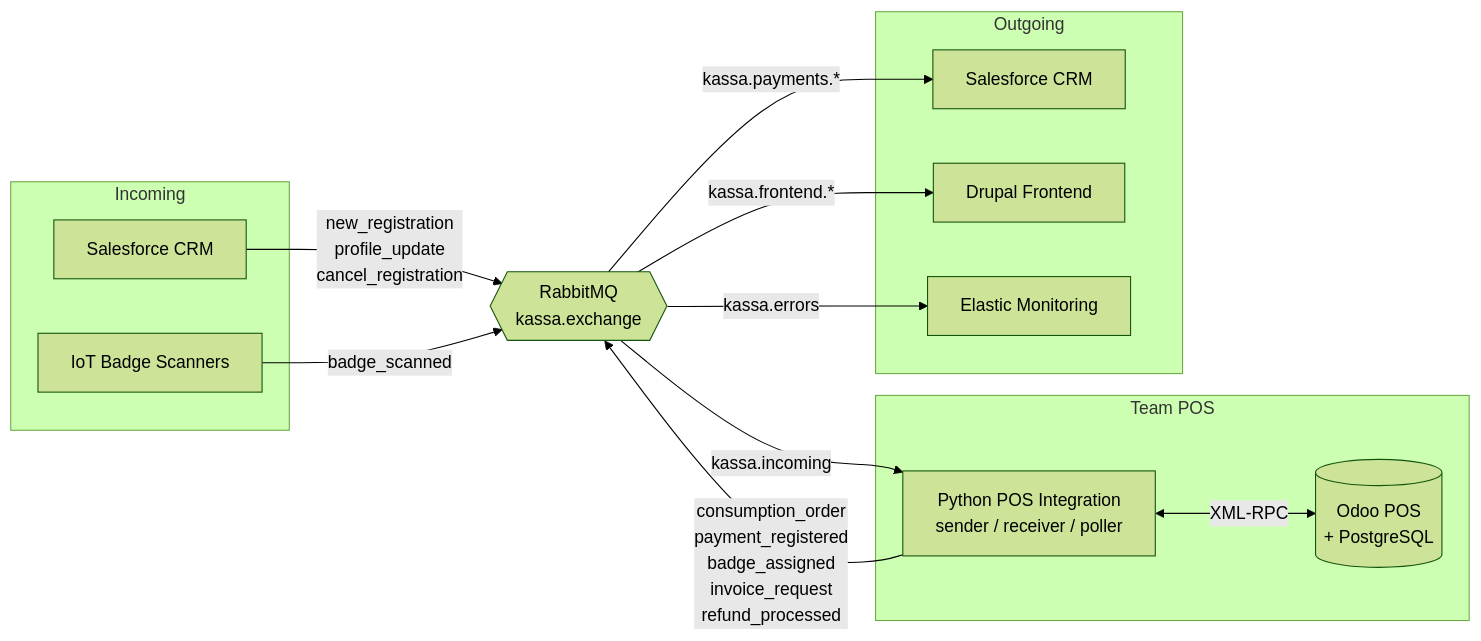
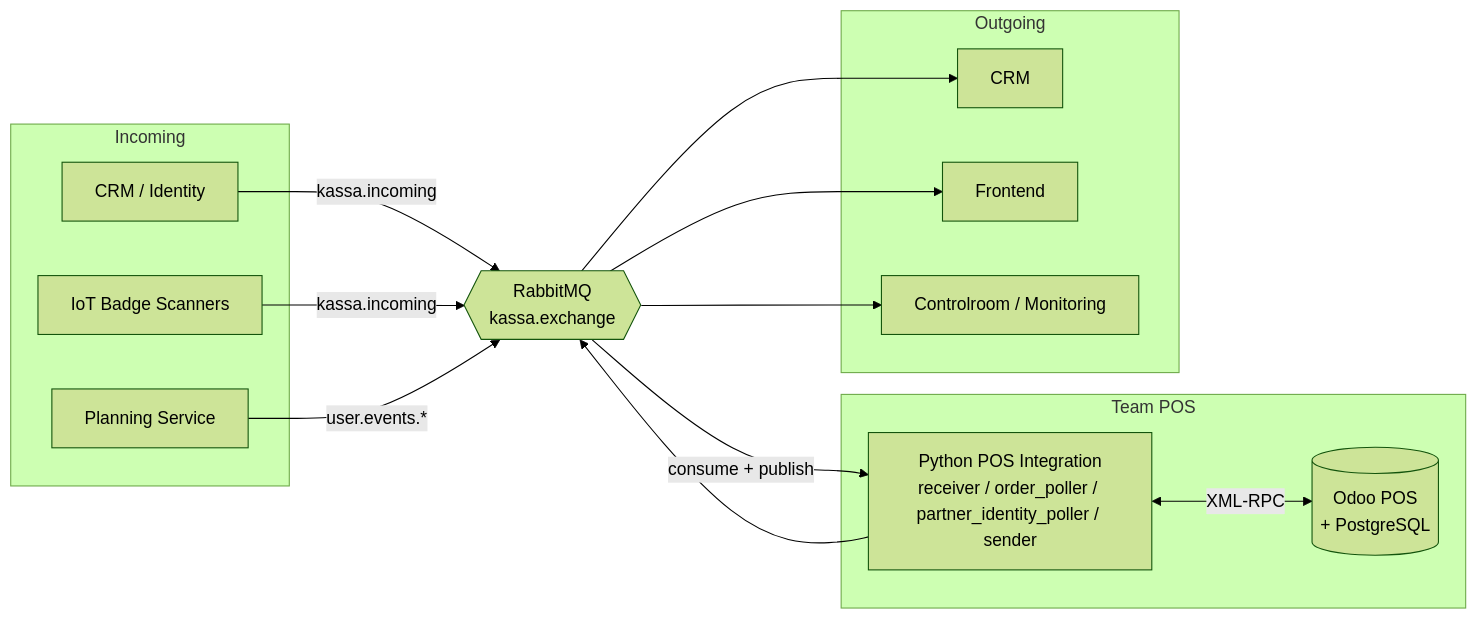
One commit to IntegrationProject-Groep1/Kassa changed the diagram in README.md. Above: the diagram before and after it, drawn with Mermaid (forest theme). The commit also changed other lines of this file, not shown here.

````diff
--- a/README.md
+++ b/README.md
@@ -46,29 +46,31 @@
 ```mermaid
 flowchart LR
     subgraph Incoming
-        CRM[Salesforce CRM]
+        CRM[CRM / Identity]
         IoT[IoT Badge Scanners]
+        PLANNING[Planning Service]
     end
 
     RMQ{{"RabbitMQ\nkassa.exchange"}}
 
     subgraph POS["Team POS"]
-        PY[Python POS Integration\nsender / receiver / poller]
+        PY[Python POS Integration\nreceiver / order_poller / partner_identity_poller / sender]
         ODOO[(Odoo POS\n+ PostgreSQL)]
     end
 
     subgraph Outgoing
-        CRM2[Salesforce CRM]
-        DRUPAL[Drupal Frontend]
-        ELASTIC[Elastic Monitoring]
+        CRM2[CRM]
+        FRONTEND[Frontend]
+        CONTROL[Controlroom / Monitoring]
     end
 
-    CRM -- "new_registration\nprofile_update\ncancel_registration" --> RMQ
-    IoT -- "badge_scanned" --> RMQ
-    RMQ -- "kassa.incoming" --> PY
+    CRM -- "kassa.incoming" --> RMQ
+    IoT -- "kassa.incoming" --> RMQ
+    PLANNING -- "user.events.*" --> RMQ
+    RMQ -- "consume + publish" --> PY
     PY <-->|XML-RPC| ODOO
-    PY -- "consumption_order\npayment_registered\nbadge_assigned\ninvoice_request\nrefund_processed" --> RMQ
-    RMQ -- "kassa.payments.*" --> CRM2
-    RMQ -- "kassa.frontend.*" --> DRUPAL
-    RMQ -- "kassa.errors" --> ELASTIC
+    PY --> RMQ
+    RMQ --> CRM2
+    RMQ --> FRONTEND
+    RMQ --> CONTROL
 ```
````
